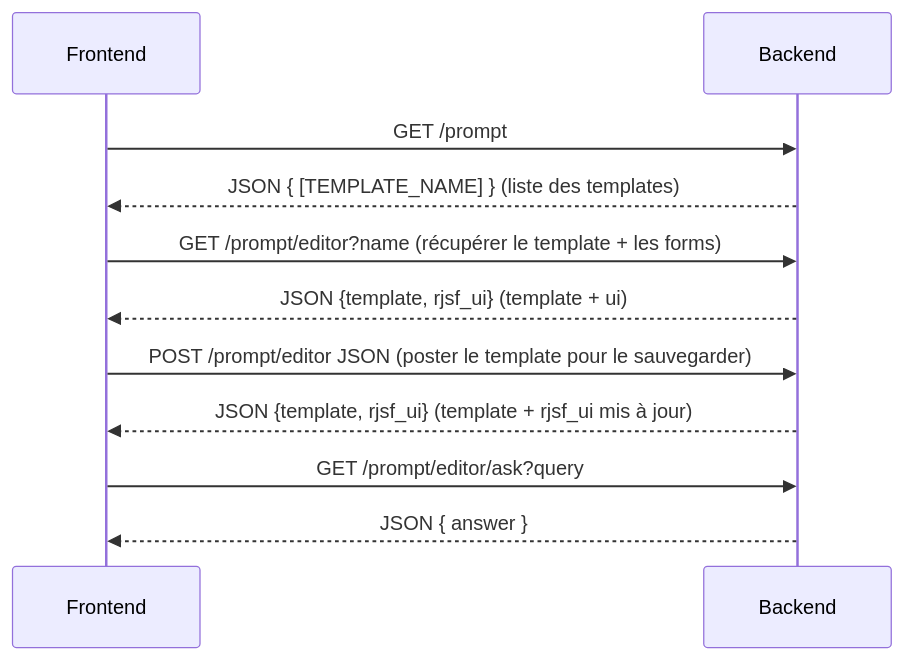
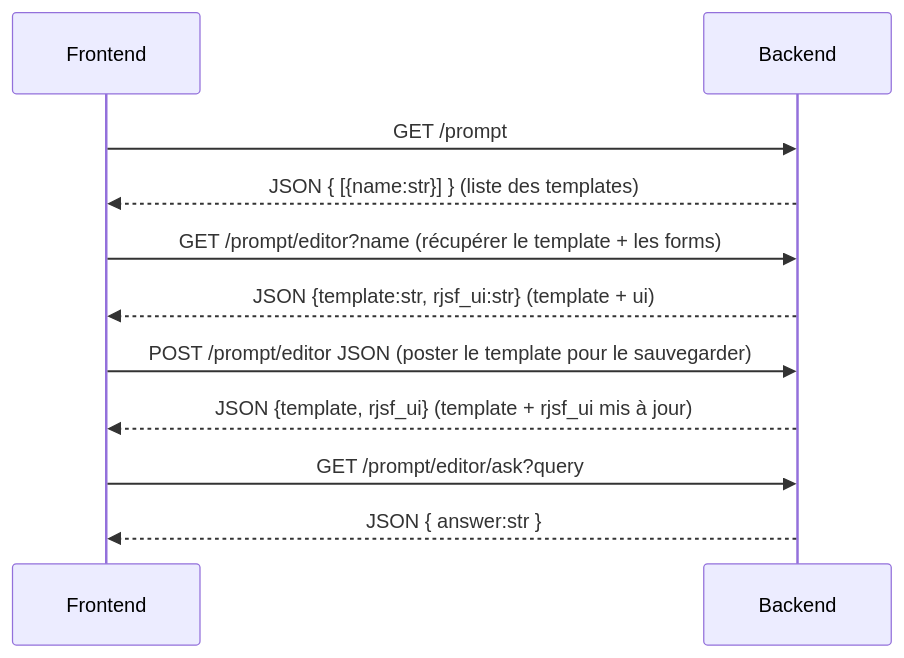
One commit to addaix/raglab changed the diagram in raglab/mermaid/prompt_editor.md. Above: the diagram before and after it, drawn with Mermaid. The commit also changed 2 other files, not shown here.

Commit message:
implem prompt manager

````diff
--- a/raglab/mermaid/prompt_editor.md
+++ b/raglab/mermaid/prompt_editor.md
@@ -1,13 +1,13 @@
 ```mermaid
     sequenceDiagram
         participant Frontend
         participant Backend
         Frontend->>Backend: GET /prompt
-        Backend-->>Frontend: JSON { [TEMPLATE_NAME] } (liste des templates)
+        Backend-->>Frontend: JSON { [{name:str}] } (liste des templates)
         Frontend->>Backend: GET /prompt/editor?name (récupérer le template + les forms)
-        Backend-->>Frontend: JSON {template, rjsf_ui}  (template + ui)
+        Backend-->>Frontend: JSON {template:str, rjsf_ui:str}  (template + ui)
         Frontend->>Backend: POST /prompt/editor JSON (poster le template pour le sauvegarder)
         Backend-->>Frontend: JSON {template, rjsf_ui} (template + rjsf_ui mis à jour)
         Frontend->>Backend: GET /prompt/editor/ask?query
-        Backend-->>Frontend: JSON { answer }
+        Backend-->>Frontend: JSON { answer:str }
 ```
````
